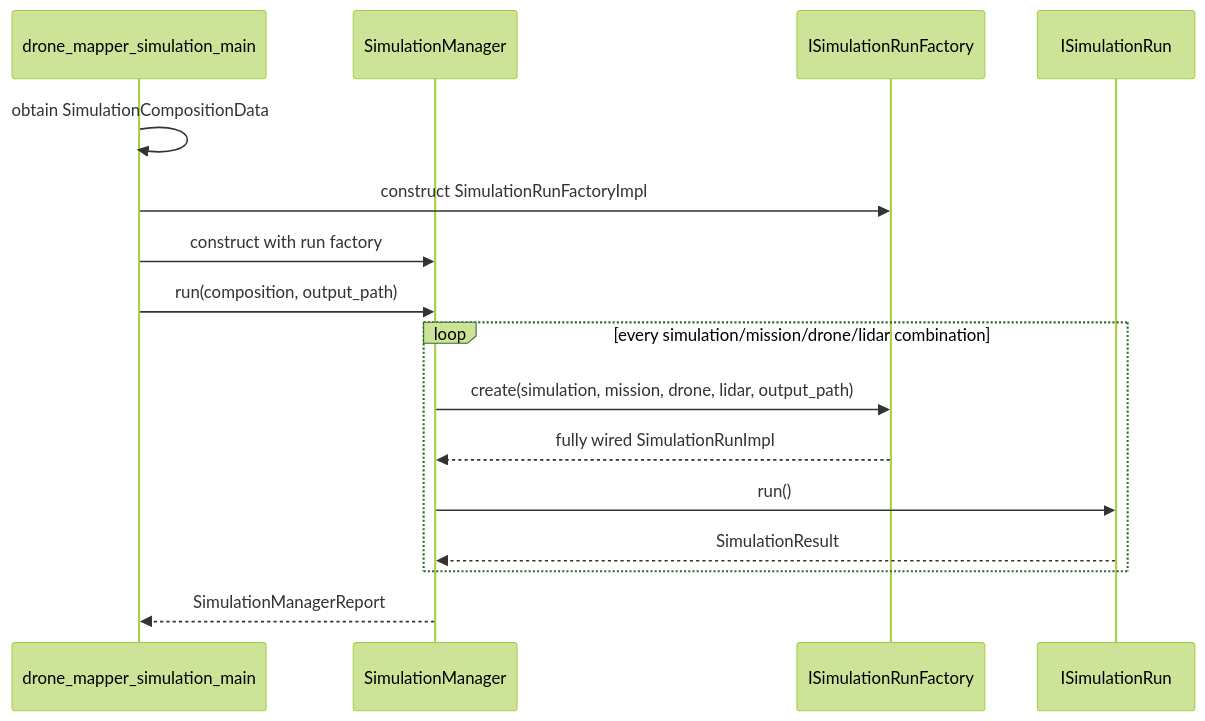
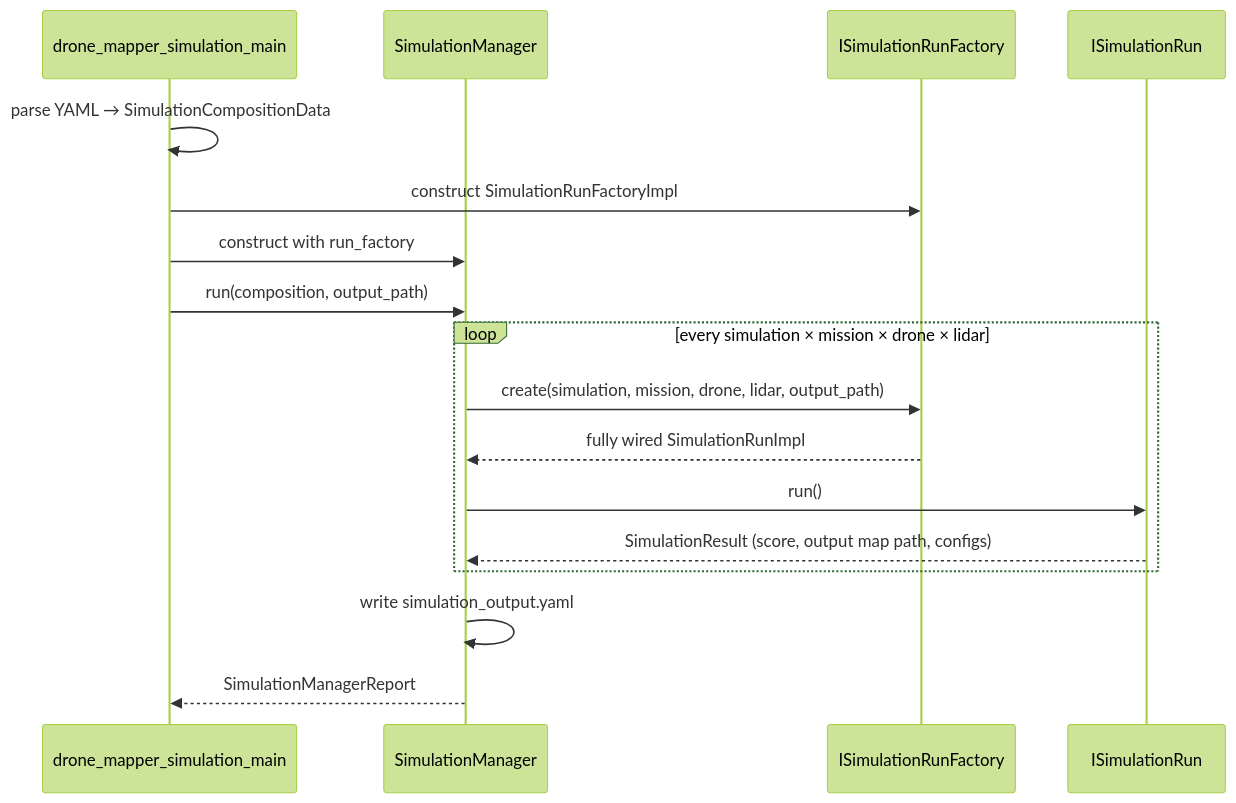
One commit to MayaAharon2910/Advanced-topics-programming-hw2 changed the second of 6 diagrams in docs/HLD.md. Above: the diagram before and after it, drawn with Mermaid (forest theme). The commit also changed other lines of this file and 15 other files, not shown here.

````diff
--- a/docs/HLD.md
+++ b/docs/HLD.md
@@ -227,19 +228,20 @@
 ```mermaid
 sequenceDiagram
     participant Main as drone_mapper_simulation_main
     participant Manager as SimulationManager
     participant Factory as ISimulationRunFactory
     participant Run as ISimulationRun
 
-    Main->>Main: obtain SimulationCompositionData
+    Main->>Main: parse YAML → SimulationCompositionData
     Main->>Factory: construct SimulationRunFactoryImpl
-    Main->>Manager: construct with run factory
+    Main->>Manager: construct with run_factory
     Main->>Manager: run(composition, output_path)
-    loop every simulation/mission/drone/lidar combination
+    loop every simulation × mission × drone × lidar
         Manager->>Factory: create(simulation, mission, drone, lidar, output_path)
         Factory-->>Manager: fully wired SimulationRunImpl
         Manager->>Run: run()
-        Run-->>Manager: SimulationResult
+        Run-->>Manager: SimulationResult (score, output map path, configs)
     end
+    Manager->>Manager: write simulation_output.yaml
     Manager-->>Main: SimulationManagerReport
 ```
````
